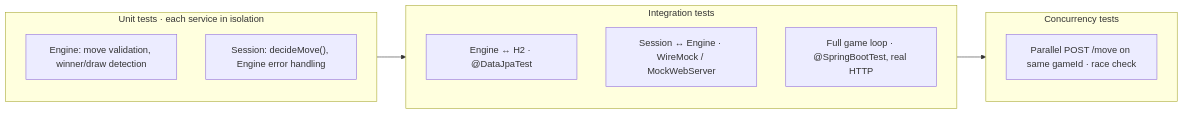
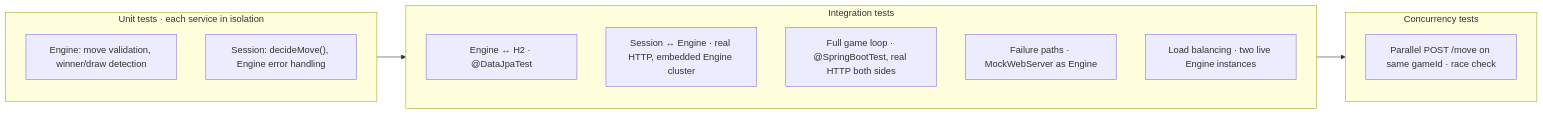
The second of 2 diagrams in README.md (andrey56097/tik-tak-toe), drawn with Mermaid before and after one commit. The commit also changed other lines of this file and 1 other file, not shown here.

````diff
--- a/README.md
+++ b/README.md
@@ -476,19 +486,21 @@
 ```mermaid
 flowchart LR
     subgraph Unit["Unit tests · each service in isolation"]
         U1["Engine: move validation, winner/draw detection"]
         U2["Session: decideMove(), Engine error handling"]
     end
 
     subgraph Integration["Integration tests"]
         I1["Engine ↔ H2 · @DataJpaTest"]
-        I2["Session ↔ Engine · WireMock / MockWebServer"]
-        I3["Full game loop · @SpringBootTest, real HTTP"]
+        I2["Session ↔ Engine · real HTTP, embedded Engine cluster"]
+        I3["Full game loop · @SpringBootTest, real HTTP both sides"]
+        I4["Failure paths · MockWebServer as Engine"]
+        I5["Load balancing · two live Engine instances"]
     end
 
     subgraph Concurrency["Concurrency tests"]
         C1["Parallel POST /move on same gameId · race check"]
     end
 
     Unit --> Integration --> Concurrency
 ```
````
